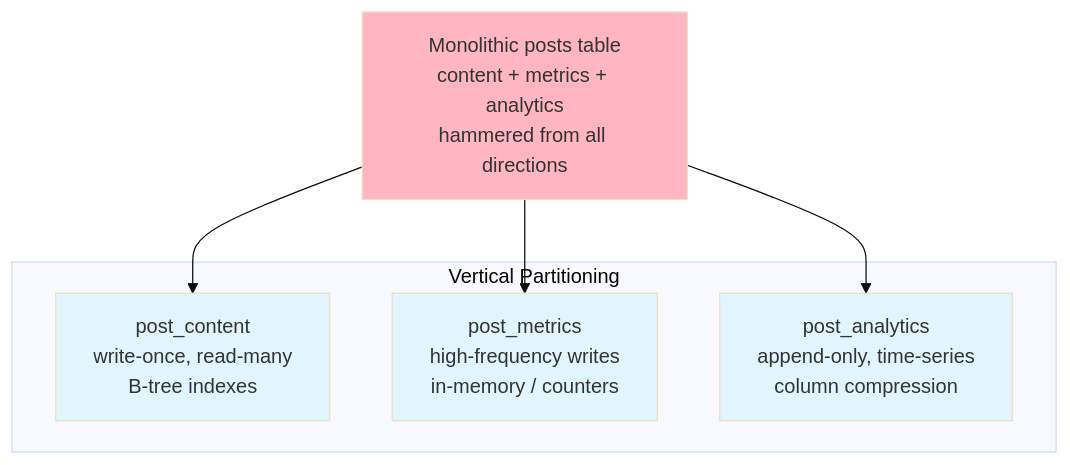
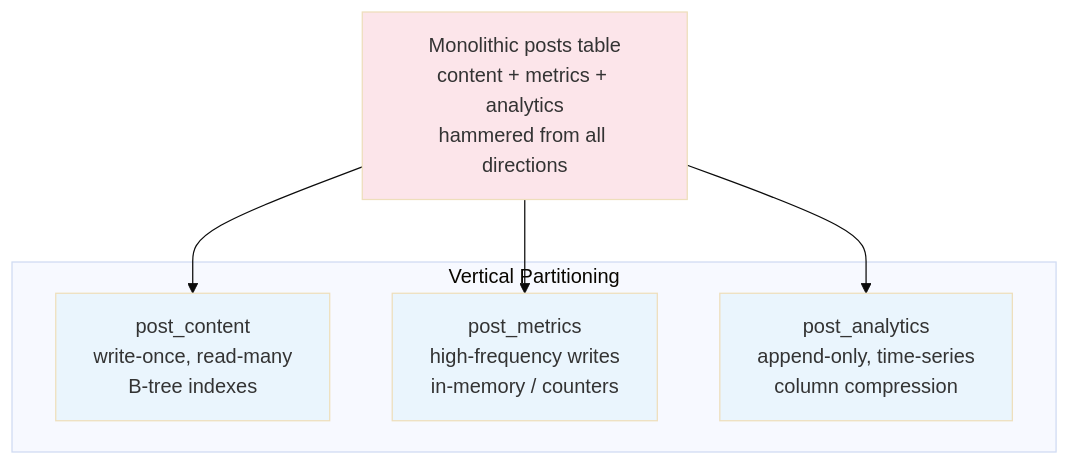
The second of 3 diagrams in LLD/SystemDesign/Patterns/ScalingWrites.md (cartmancodes/InterviewVault), drawn with Mermaid (base theme) before and after one commit. The commit also changed other lines of this file and 679 other files, not shown here.

Commit message:
Unify content diagrams and add accessible visual walkthroughs

````diff
--- a/LLD/SystemDesign/Patterns/ScalingWrites.md
+++ b/LLD/SystemDesign/Patterns/ScalingWrites.md
@@ -211,19 +211,19 @@
 ```mermaid
 graph TB
     M["Monolithic posts table<br/>content + metrics + analytics<br/>hammered from all directions"]
 
     subgraph "Vertical Partitioning"
         C["post_content<br/>write-once, read-many<br/>B-tree indexes"]
         ME["post_metrics<br/>high-frequency writes<br/>in-memory / counters"]
         A["post_analytics<br/>append-only, time-series<br/>column compression"]
     end
 
     M --> C
     M --> ME
     M --> A
 
-    style M fill:#FFB6C1
-    style C fill:#e1f5ff
-    style ME fill:#e1f5ff
-    style A fill:#e1f5ff
+    style M fill:#FCE5EA
+    style C fill:#EAF5FD
+    style ME fill:#EAF5FD
+    style A fill:#EAF5FD
 ```
````
